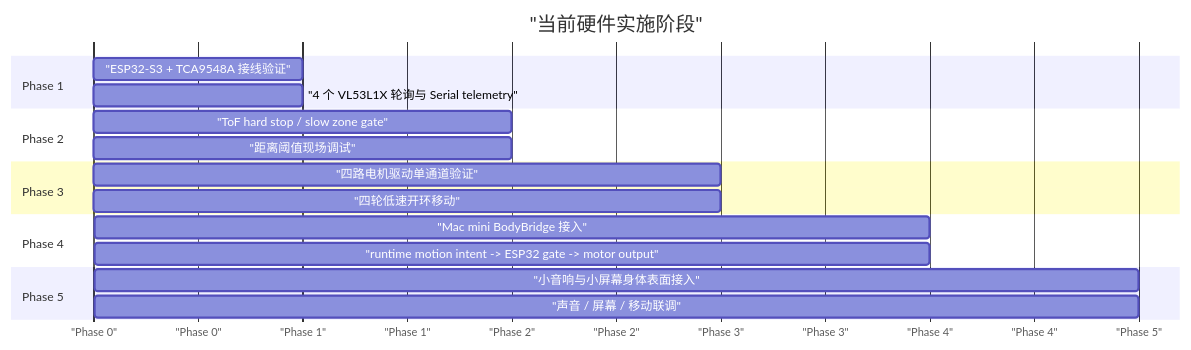
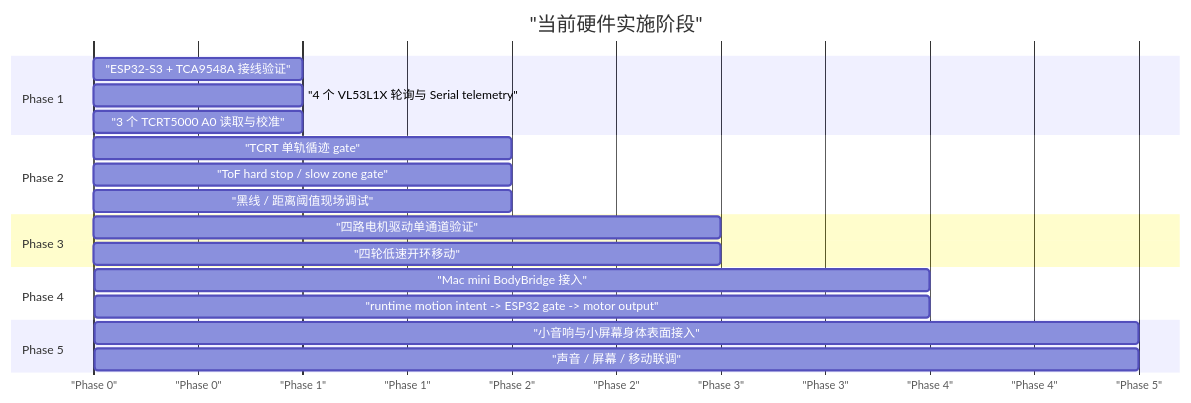
The eighth of 8 diagrams in docs/references/system_logic.md (Redmad-jack/Unnamed_system), drawn with Mermaid before and after one commit. The commit also changed other lines of this file and 37 other files, not shown here.

````diff
--- a/docs/references/system_logic.md
+++ b/docs/references/system_logic.md
@@ -625,26 +729,28 @@
 ```mermaid
 gantt
     title "当前硬件实施阶段"
     dateFormat X
     axisFormat "Phase %s"
 
     section Phase 1
     "ESP32-S3 + TCA9548A 接线验证" :p1, 0, 1
     "4 个 VL53L1X 轮询与 Serial telemetry" :p1b, 0, 1
+    "3 个 TCRT5000 A0 读取与校准" :p1c, 0, 1
 
     section Phase 2
-    "ToF hard stop / slow zone gate" :p2, 1, 2
-    "距离阈值现场调试" :p2b, 1, 2
+    "TCRT 单轨循迹 gate" :p2, 1, 2
+    "ToF hard stop / slow zone gate" :p2b, 1, 2
+    "黑线 / 距离阈值现场调试" :p2c, 1, 2
 
     section Phase 3
     "四路电机驱动单通道验证" :p3, 2, 3
     "四轮低速开环移动" :p3b, 2, 3
 
     section Phase 4
     "Mac mini BodyBridge 接入" :p4, 3, 4
     "runtime motion intent -> ESP32 gate -> motor output" :p4b, 3, 4
 
     section Phase 5
     "小音响与小屏幕身体表面接入" :p5, 4, 5
     "声音 / 屏幕 / 移动联调" :p5b, 4, 5
 ```
````
